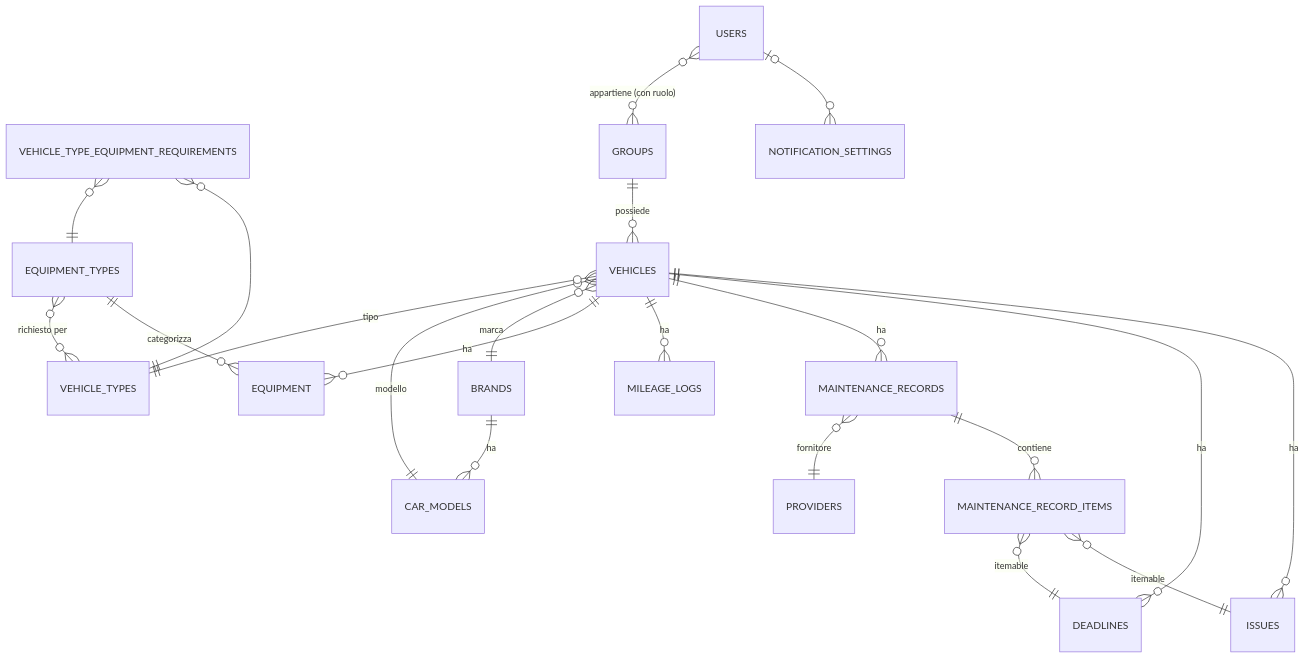
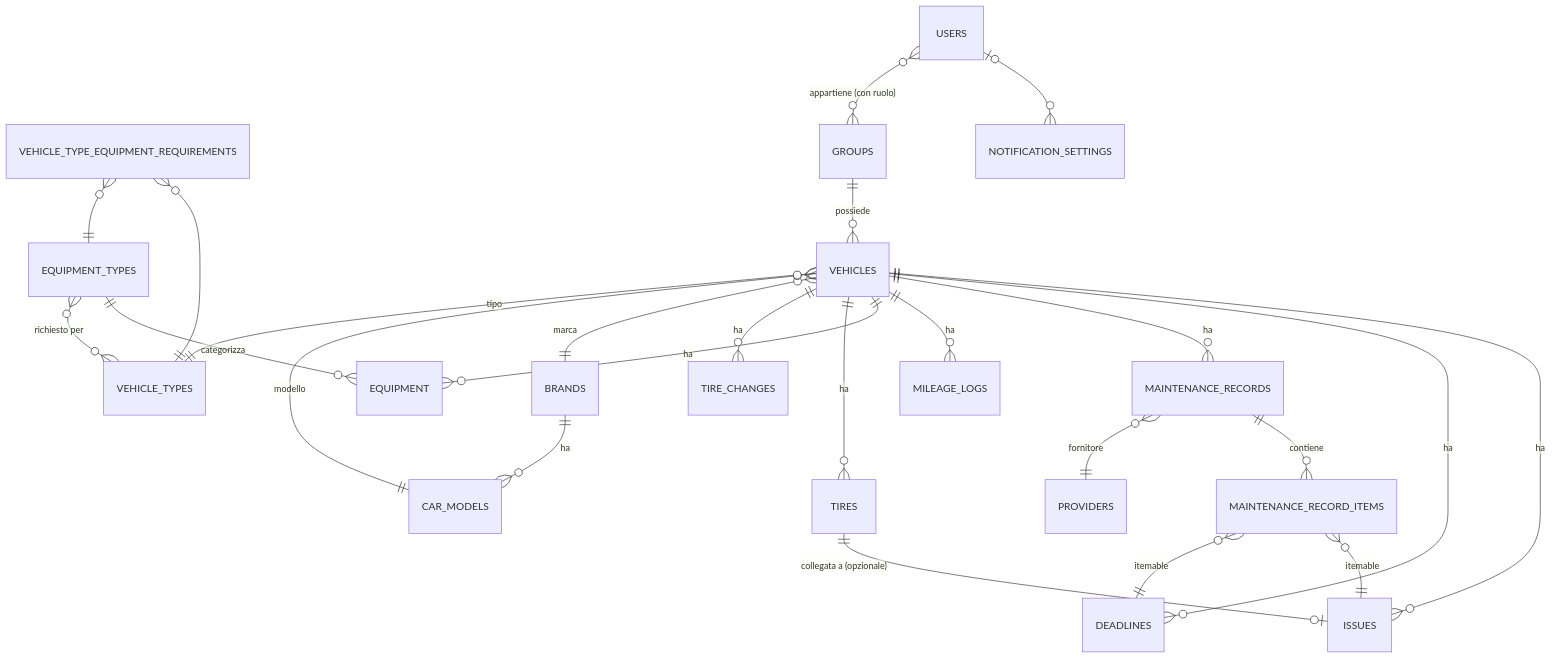
Before and after one commit to mirkobechini/CV_Backoffice: the diagram in README.md, drawn with Mermaid. The commit also changed other lines of this file, not shown here.

Commit message:
docs: update README with tire/equipment/public-status features and test count

````diff
--- a/README.md
+++ b/README.md
@@ -201,31 +204,34 @@
 ```mermaid
 erDiagram
     %% Veicoli e anagrafica
     VEHICLES ||--o{ ISSUES : "ha"
     VEHICLES ||--o{ DEADLINES : "ha"
     VEHICLES ||--o{ MAINTENANCE_RECORDS : "ha"
     VEHICLES ||--o{ MILEAGE_LOGS : "ha"
     VEHICLES ||--o{ EQUIPMENT : "ha"
+    VEHICLES ||--o{ TIRES : "ha"
+    VEHICLES ||--o{ TIRE_CHANGES : "ha"
+    TIRES ||--o| ISSUES : "collegata a (opzionale)"
     VEHICLES }o--|| BRANDS : "marca"
     VEHICLES }o--|| CAR_MODELS : "modello"
     VEHICLES }o--|| VEHICLE_TYPES : "tipo"
 
     BRANDS ||--o{ CAR_MODELS : "ha"
 
     EQUIPMENT_TYPES ||--o{ EQUIPMENT : "categorizza"
     EQUIPMENT_TYPES }o--o{ VEHICLE_TYPES : "richiesto per"
 
     VEHICLE_TYPE_EQUIPMENT_REQUIREMENTS }o--|| VEHICLE_TYPES : ""
     VEHICLE_TYPE_EQUIPMENT_REQUIREMENTS }o--|| EQUIPMENT_TYPES : ""
 
     %% Manutenzione polimorfica
     MAINTENANCE_RECORDS ||--o{ MAINTENANCE_RECORD_ITEMS : "contiene"
     MAINTENANCE_RECORD_ITEMS }o--|| ISSUES : "itemable"
     MAINTENANCE_RECORD_ITEMS }o--|| DEADLINES : "itemable"
     MAINTENANCE_RECORDS }o--|| PROVIDERS : "fornitore"
 
     %% Utenti e configurazione
     USERS |o--o{ NOTIFICATION_SETTINGS : ""
     USERS }o--o{ GROUPS : "appartiene (con ruolo)"
     GROUPS ||--o{ VEHICLES : "possiede"
 ```
````
